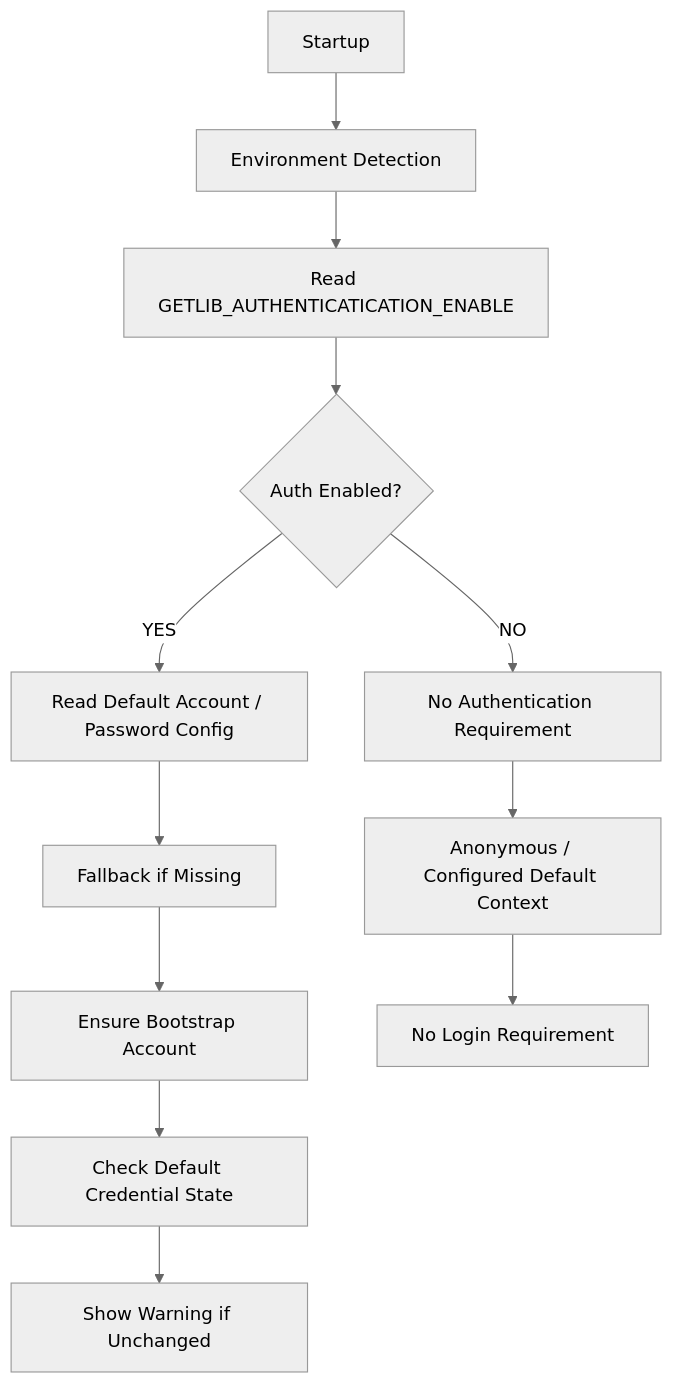
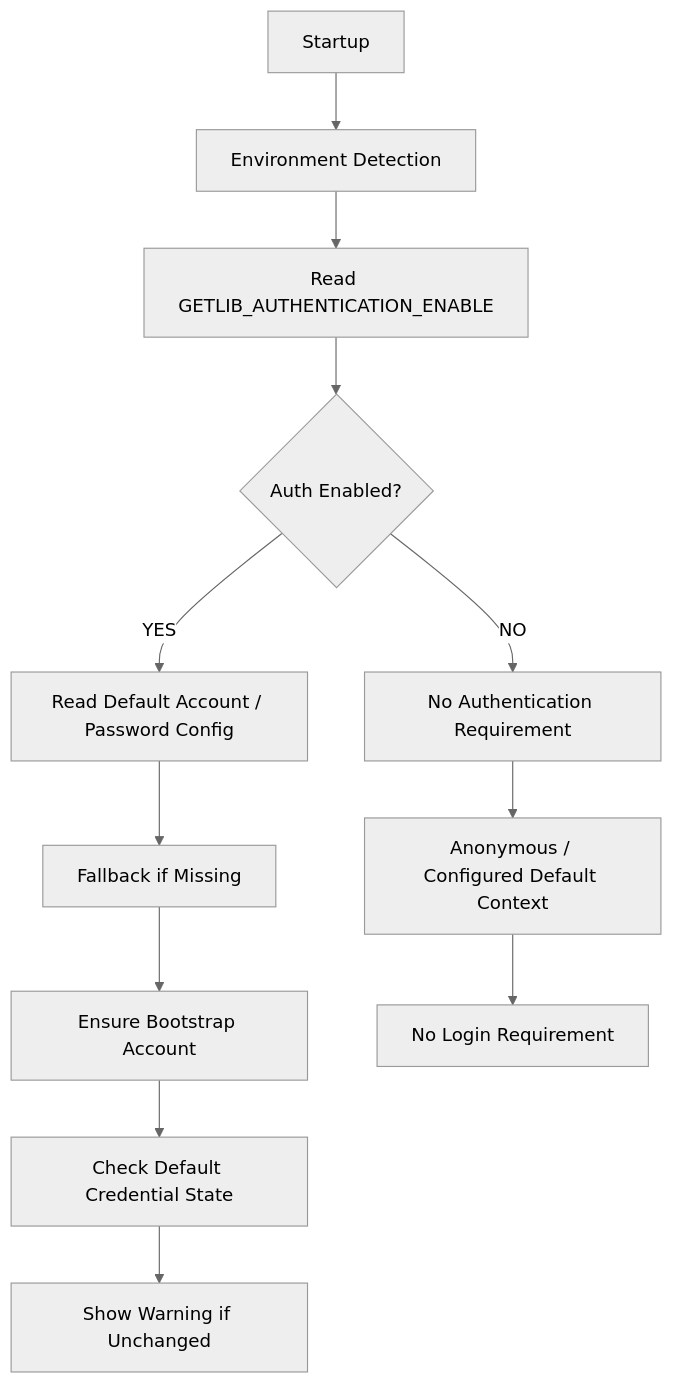
The ninth of 13 diagrams in .agents/rules/database-auth-and-deployment.md (D1ZZY4/GetLib-MCP), drawn with Mermaid (neutral theme) before and after one commit. The commit also changed other lines of this file and 9 other files, not shown here.

````diff
--- a/.agents/rules/database-auth-and-deployment.md
+++ b/.agents/rules/database-auth-and-deployment.md
@@ -537,14 +537,14 @@
 ```mermaid
 flowchart TD
     START["Startup"] --> DET["Environment Detection"]
-    DET --> READ["Read GETLIB_AUTHENTICATICATION_ENABLE"]
+    DET --> READ["Read GETLIB_AUTHENTICATION_ENABLE"]
     READ --> ENABLED{"Auth Enabled?"}
     ENABLED -->|YES| CFG["Read Default Account / Password Config"]
     CFG --> FALLBACK["Fallback if Missing"]
     FALLBACK --> ENSURE["Ensure Bootstrap Account"]
     ENSURE --> CHECK["Check Default Credential State"]
     CHECK --> WARN["Show Warning if Unchanged"]
     ENABLED -->|NO| NOAUTH["No Authentication Requirement"]
     NOAUTH --> ANON["Anonymous / Configured Default Context"]
     ANON --> LOGIN["No Login Requirement"]
 ```
````
